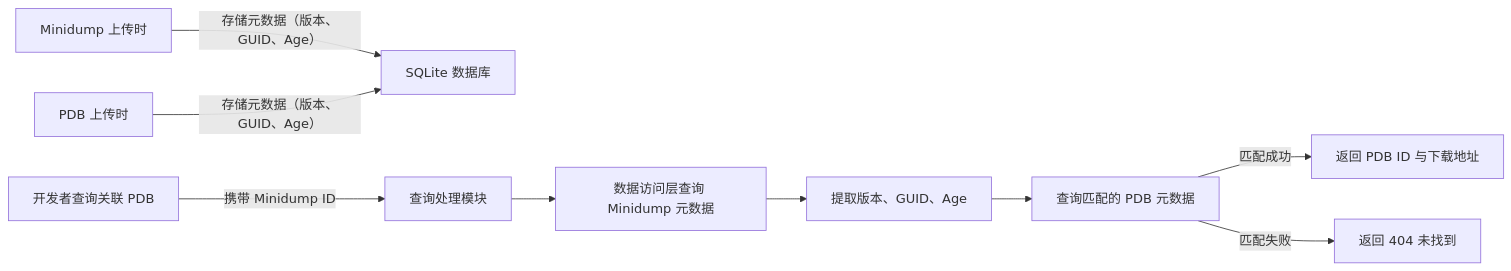
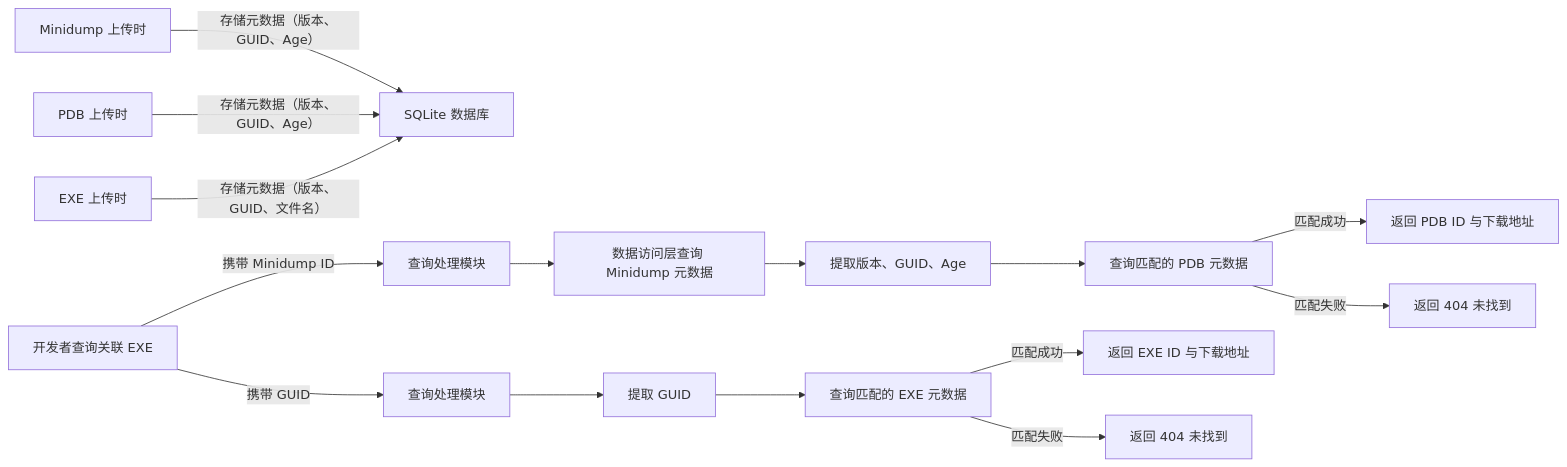
One commit to caomengxuan666/CFP changed the fifth of 5 diagrams in src/app/crash-server/README.md. Above: the diagram before and after it, drawn with Mermaid. The commit also changed other lines of this file and 39 other files, not shown here.

````diff
--- a/src/app/crash-server/README.md
+++ b/src/app/crash-server/README.md
@@ -336,13 +363,19 @@
 ```mermaid
 
 flowchart LR
     A[Minidump 上传时] -->|存储元数据（版本、GUID、Age）| B[SQLite 数据库]
     C[PDB 上传时] -->|存储元数据（版本、GUID、Age）| B
-    D[开发者查询关联 PDB] -->|携带 Minidump ID| E[查询处理模块]
-    E --> F[数据访问层查询 Minidump 元数据]
-    F --> G[提取版本、GUID、Age]
-    G --> H[查询匹配的 PDB 元数据]
-    H -->|匹配成功| I[返回 PDB ID 与下载地址]
-    H -->|匹配失败| J[返回 404 未找到]
+    D[EXE 上传时] -->|存储元数据（版本、GUID、文件名）| B
+    E[开发者查询关联 PDB] -->|携带 Minidump ID| F[查询处理模块]
+    E[开发者查询关联 EXE] -->|携带 GUID| G[查询处理模块]
+    F --> H[数据访问层查询 Minidump 元数据]
+    G --> I[提取 GUID]
+    H --> J[提取版本、GUID、Age]
+    J --> K[查询匹配的 PDB 元数据]
+    I --> L[查询匹配的 EXE 元数据]
+    K -->|匹配成功| M[返回 PDB ID 与下载地址]
+    K -->|匹配失败| N[返回 404 未找到]
+    L -->|匹配成功| O[返回 EXE ID 与下载地址]
+    L -->|匹配失败| P[返回 404 未找到]
     
 ```
````
